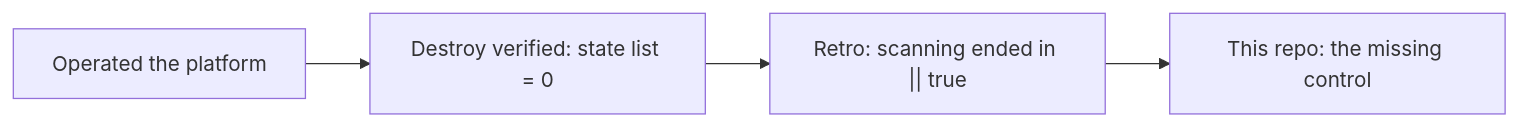
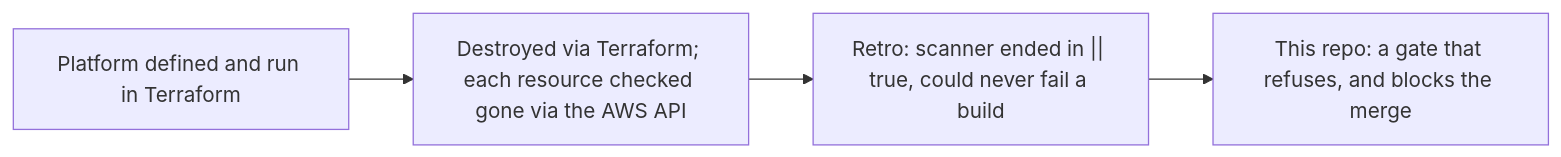
The first of 5 diagrams in README.md (hossainpazooki/network-as-code), drawn with Mermaid before and after one commit. The commit also changed other lines of this file, not shown here.

Commit message:
docs: README for a skimming reader, Terraform first, diagrams redone

````diff
--- a/README.md
+++ b/README.md
@@ -16,6 +24,6 @@
 ```mermaid
 flowchart LR
-    A["Operated the platform"] --> B["Destroy verified: state list = 0"]
-    B --> C["Retro: scanning ended in || true"]
-    C --> D["This repo: the missing control"]
+    A["Platform defined and run in Terraform"] --> B["Destroyed via Terraform; each resource checked gone via the AWS API"]
+    B --> C["Retro: scanner ended in || true, could never fail a build"]
+    C --> D["This repo: a gate that refuses, and blocks the merge"]
 ```
````
